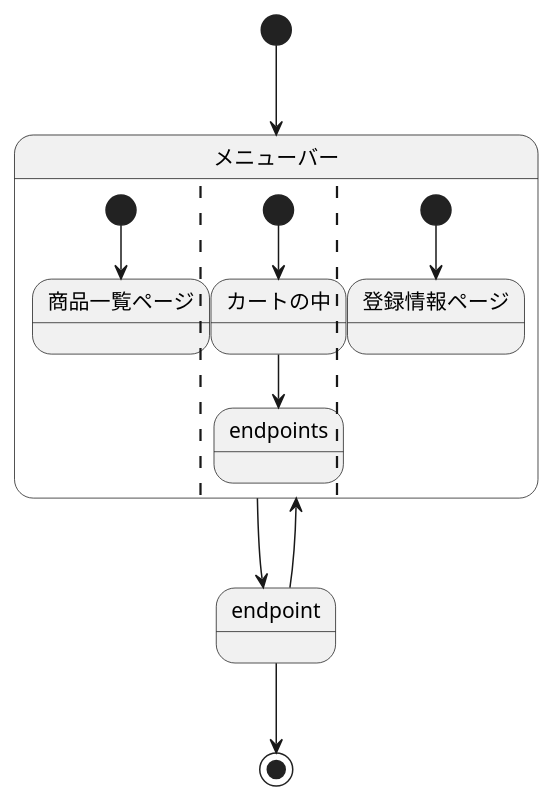
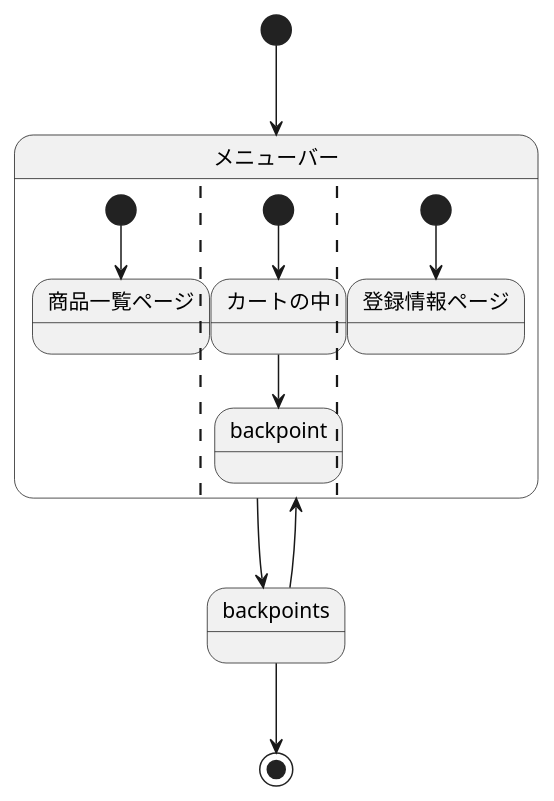
The diagram in sample/StateMachine.md (Aso2001385/2021sys-design), drawn with PlantUML before and after one commit.

````diff
--- a/sample/StateMachine.md
+++ b/sample/StateMachine.md
@@ -1,23 +1,23 @@
 ```uml
 @startuml
 
 [*]<<big>> --> メニューバー
 state メニューバー {
  [*] --> 商品一覧ページ
  ||
  [*] --> カートの中 
- カートの中 --> endpoints
+ カートの中 --> backpoint
  ||
  [*] --> 登録情報ページ
 
 }
-メニューバー --> endpoint
-endpoint --> メニューバー
-endpoint --> [*]
+メニューバー --> backpoints
+backpoints --> メニューバー
+backpoints --> [*]
 
 
 
 
 
 @enduml
 ```
````
